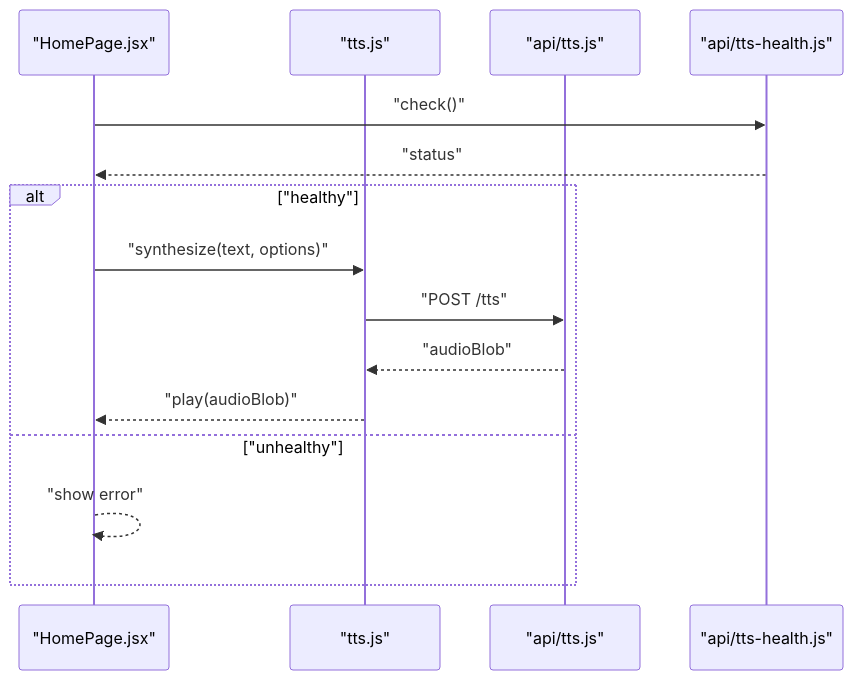
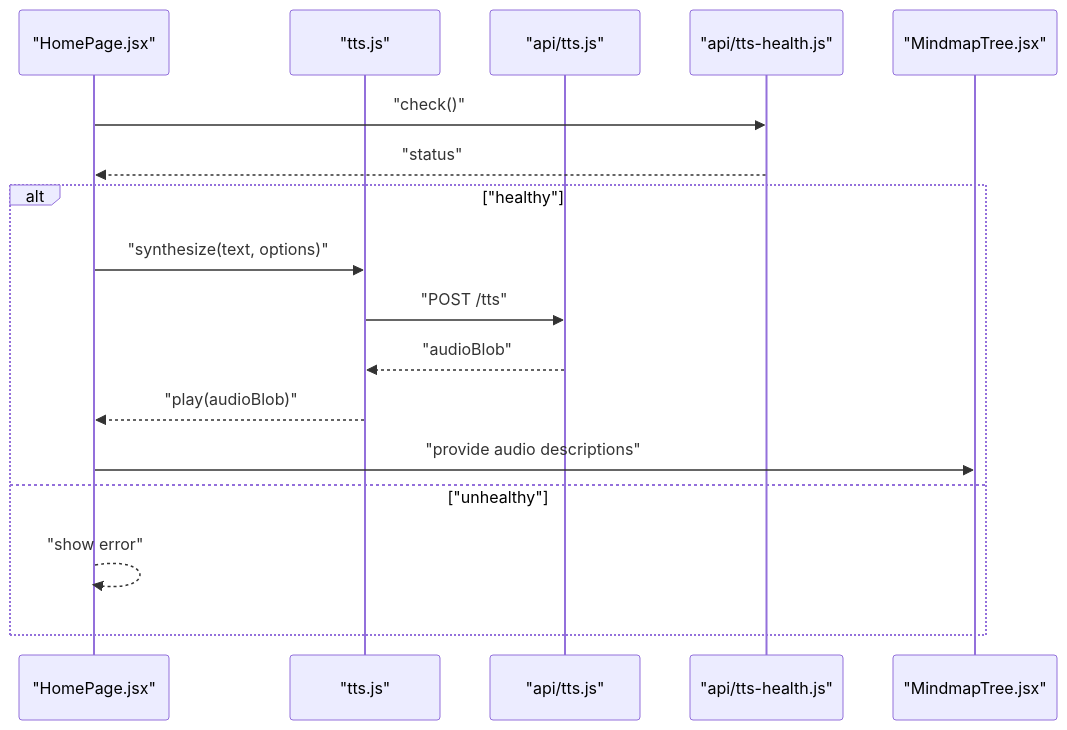
The seventh of 10 diagrams in .qoder/repowiki/en/content/Core Features/Mindmap Visualization.md (zmyeo54/briefroom), drawn with Mermaid before and after one commit. The commit also changed other lines of this file and 32 other files, not shown here.

````diff
--- a/.qoder/repowiki/en/content/Core Features/Mindmap Visualization.md
+++ b/.qoder/repowiki/en/content/Core Features/Mindmap Visualization.md
@@ -367,17 +447,19 @@
 ```mermaid
 sequenceDiagram
 participant UI as "HomePage.jsx"
 participant TTS as "tts.js"
 participant TTSApi as "api/tts.js"
 participant Health as "api/tts-health.js"
+participant Mindmap as "MindmapTree.jsx"
 UI->>Health : "check()"
 Health-->>UI : "status"
 alt "healthy"
 UI->>TTS : "synthesize(text, options)"
 TTS->>TTSApi : "POST /tts"
 TTSApi-->>TTS : "audioBlob"
 TTS-->>UI : "play(audioBlob)"
+UI->>Mindmap : "provide audio descriptions"
 else "unhealthy"
 UI-->>UI : "show error"
 end
 ```
````
